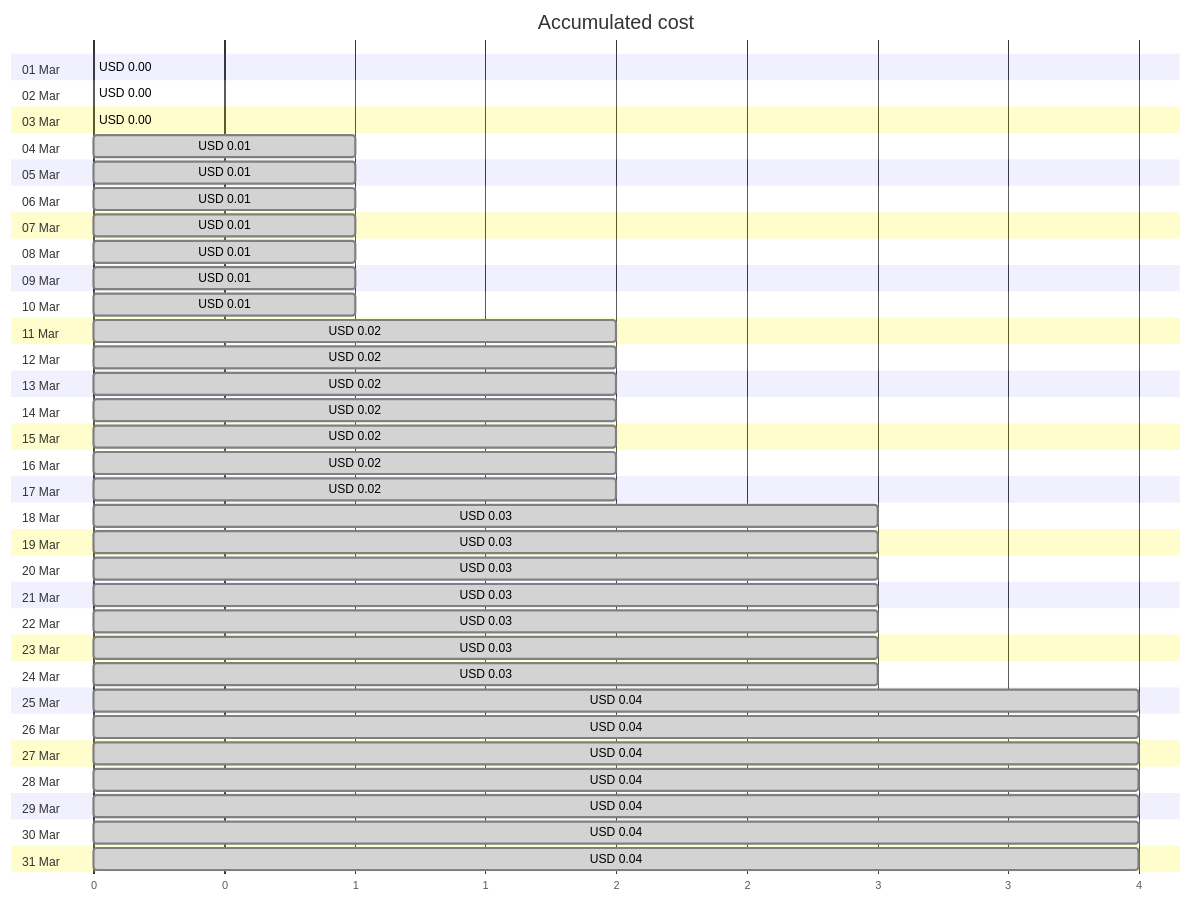
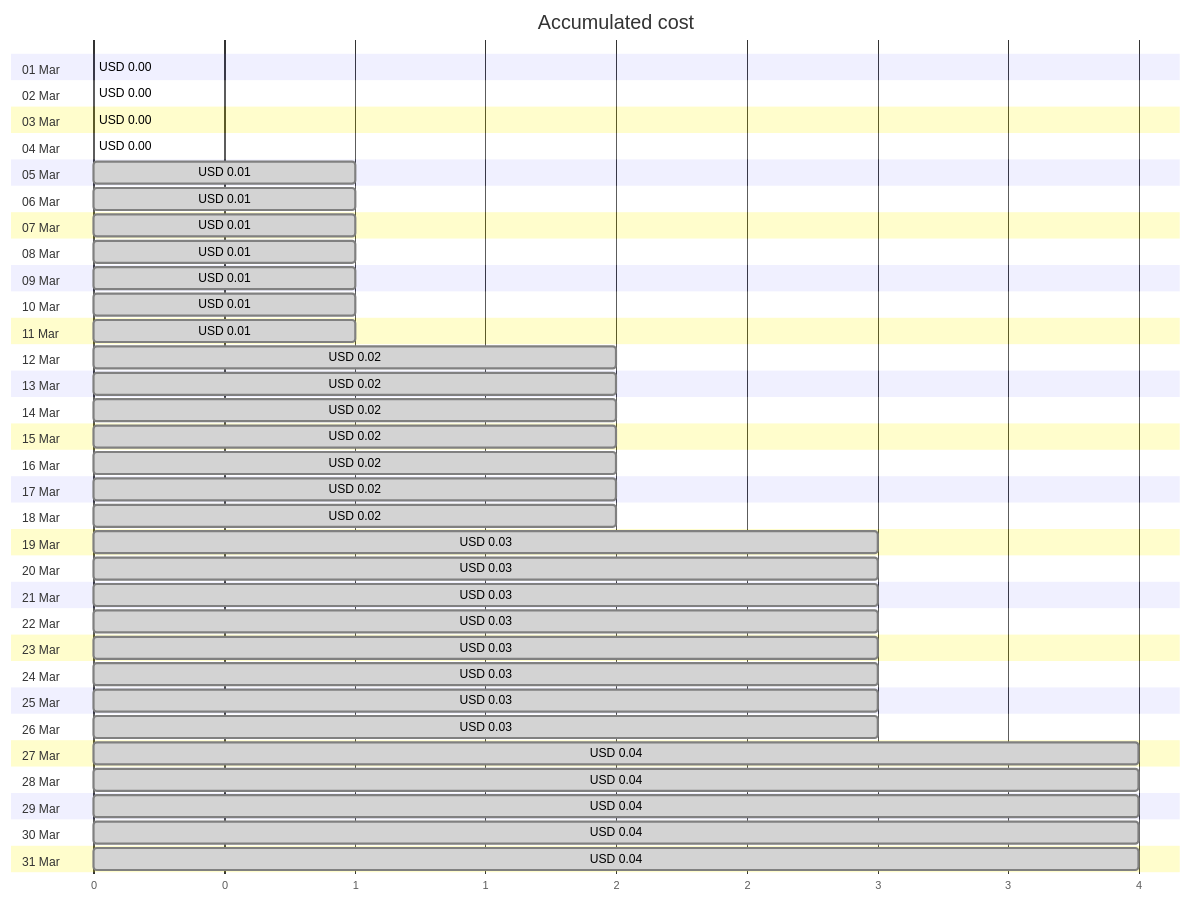
The first of 4 diagrams in cost-reports/personal-site/personalsiteapistorage.md (jpfulton/azure-personal-reports), drawn with Mermaid before and after one commit. The commit also changed other lines of this file and 6 other files, not shown here.

````diff
--- a/cost-reports/personal-site/personalsiteapistorage.md
+++ b/cost-reports/personal-site/personalsiteapistorage.md
@@ -20,68 +20,68 @@
 ```mermaid
 gantt
    title Accumulated cost
    dateFormat  X
    axisFormat %s
    section 01 Mar
    USD 0.00 :0, 0
    section 02 Mar
-   USD 0.00 : done, 0, 0
+   USD 0.00 :0, 0
    section 03 Mar
    USD 0.00 : done, 0, 0
    section 04 Mar
-   USD 0.01 : done, 0, 1
+   USD 0.00 : done, 0, 0
    section 05 Mar
    USD 0.01 : done, 0, 1
    section 06 Mar
    USD 0.01 : done, 0, 1
    section 07 Mar
    USD 0.01 : done, 0, 1
    section 08 Mar
    USD 0.01 : done, 0, 1
    section 09 Mar
    USD 0.01 : done, 0, 1
    section 10 Mar
    USD 0.01 : done, 0, 1
    section 11 Mar
-   USD 0.02 : done, 0, 2
+   USD 0.01 : done, 0, 1
    section 12 Mar
    USD 0.02 : done, 0, 2
    section 13 Mar
    USD 0.02 : done, 0, 2
    section 14 Mar
    USD 0.02 : done, 0, 2
    section 15 Mar
    USD 0.02 : done, 0, 2
    section 16 Mar
    USD 0.02 : done, 0, 2
    section 17 Mar
    USD 0.02 : done, 0, 2
    section 18 Mar
-   USD 0.03 : done, 0, 3
+   USD 0.02 : done, 0, 2
    section 19 Mar
    USD 0.03 : done, 0, 3
    section 20 Mar
    USD 0.03 : done, 0, 3
    section 21 Mar
    USD 0.03 : done, 0, 3
    section 22 Mar
    USD 0.03 : done, 0, 3
    section 23 Mar
    USD 0.03 : done, 0, 3
    section 24 Mar
    USD 0.03 : done, 0, 3
    section 25 Mar
-   USD 0.04 : done, 0, 4
+   USD 0.03 : done, 0, 3
    section 26 Mar
-   USD 0.04 : done, 0, 4
+   USD 0.03 : done, 0, 3
    section 27 Mar
    USD 0.04 : done, 0, 4
    section 28 Mar
    USD 0.04 : done, 0, 4
    section 29 Mar
    USD 0.04 : done, 0, 4
    section 30 Mar
    USD 0.04 : done, 0, 4
    section 31 Mar
    USD 0.04 : done, 0, 4
 ```
````
